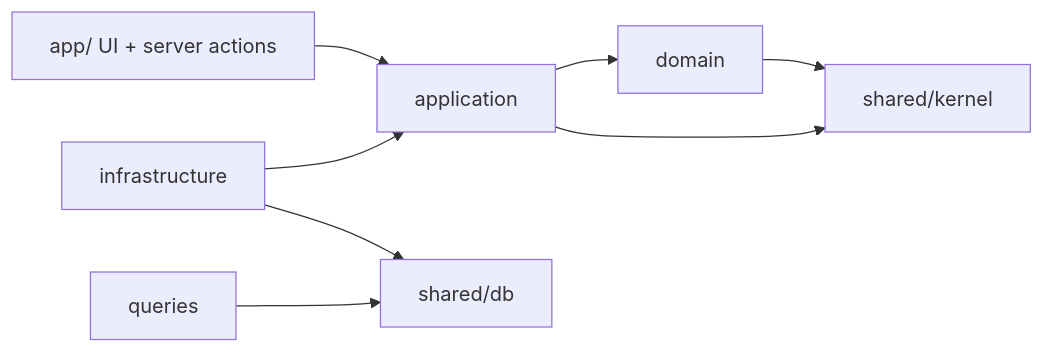
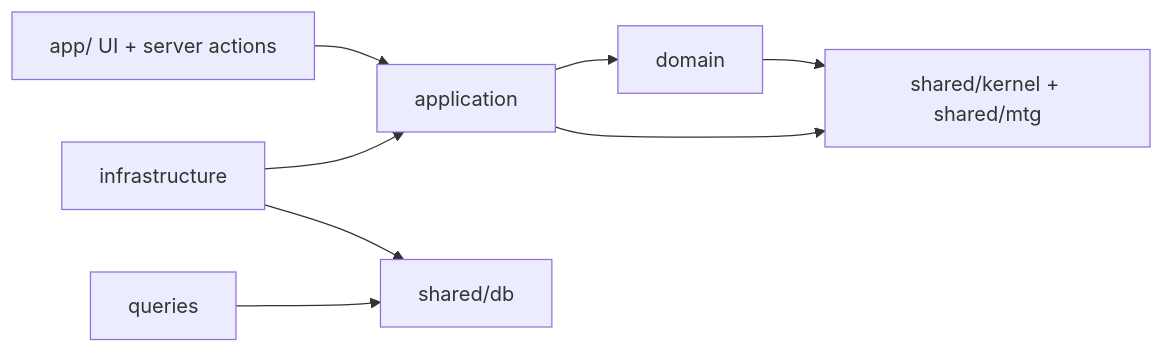
One commit to jstehn/proxy-library changed the third of 5 diagrams in docs/architecture/overview.md. Above: the diagram before and after it, drawn with Mermaid. The commit also changed other lines of this file and 201 other files, not shown here.

First line of the commit message:
Milestone 3 folders: Magic's vocabulary moves out of shared/kernel into shared/mtg (plan review finding 8)

````diff
--- a/docs/architecture/overview.md
+++ b/docs/architecture/overview.md
@@ -108,10 +108,10 @@
 ```mermaid
 flowchart LR
   ui[app/ UI + server actions] --> application
   infrastructure --> application
   application --> domain
   queries --> infra_db[shared/db]
   infrastructure --> infra_db
-  domain --> kernel[shared/kernel]
+  domain --> kernel[shared/kernel + shared/mtg]
   application --> kernel
 ```
````
